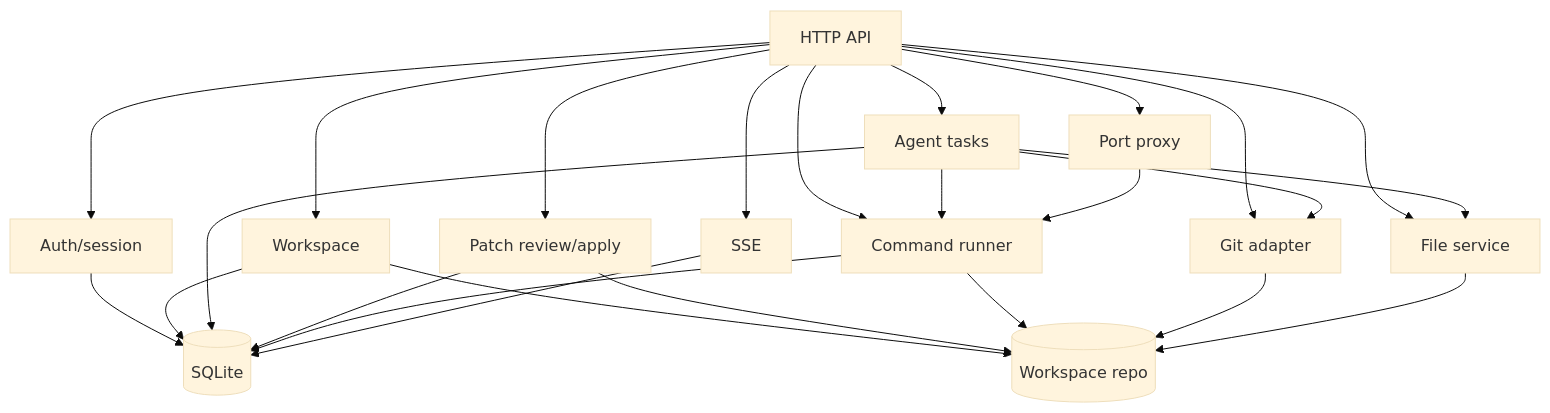
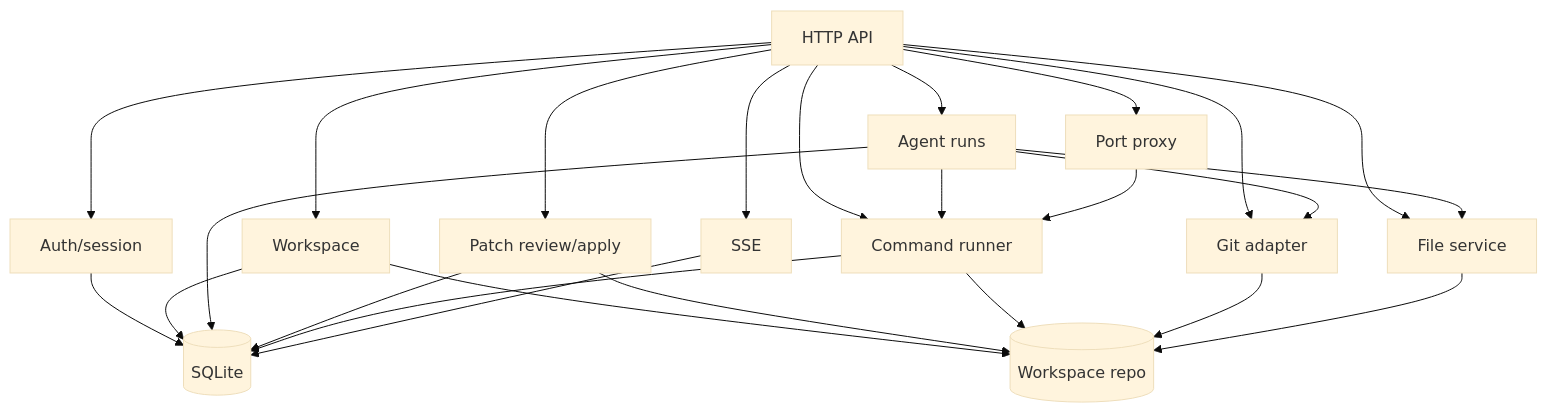
The second of 5 diagrams in docs/app-architecture.md (phamtanminhtien/patchpilot), drawn with Mermaid (base theme) before and after one commit. The commit also changed other lines of this file and 9 other files, not shown here.

````diff
--- a/docs/app-architecture.md
+++ b/docs/app-architecture.md
@@ -28,42 +28,42 @@
 ```mermaid
 flowchart TB
   API["HTTP API"]
   Auth["Auth/session"]
   Workspace["Workspace"]
-  Agent["Agent tasks"]
+  Agent["Agent runs"]
   Patch["Patch review/apply"]
   Runner["Command runner"]
   Git["Git adapter"]
   Files["File service"]
   Ports["Port proxy"]
   Events["SSE"]
   DB[("SQLite")]
   Repo[("Workspace repo")]
 
   API --> Auth
   API --> Workspace
   API --> Agent
   API --> Patch
   API --> Runner
   API --> Git
   API --> Files
   API --> Ports
   API --> Events
 
   Auth --> DB
   Workspace --> DB
   Agent --> DB
   Patch --> DB
   Runner --> DB
   Events --> DB
 
   Workspace --> Repo
   Agent --> Files
   Agent --> Git
   Agent --> Runner
   Patch --> Repo
   Runner --> Repo
   Git --> Repo
   Files --> Repo
   Ports --> Runner
 ```
````
